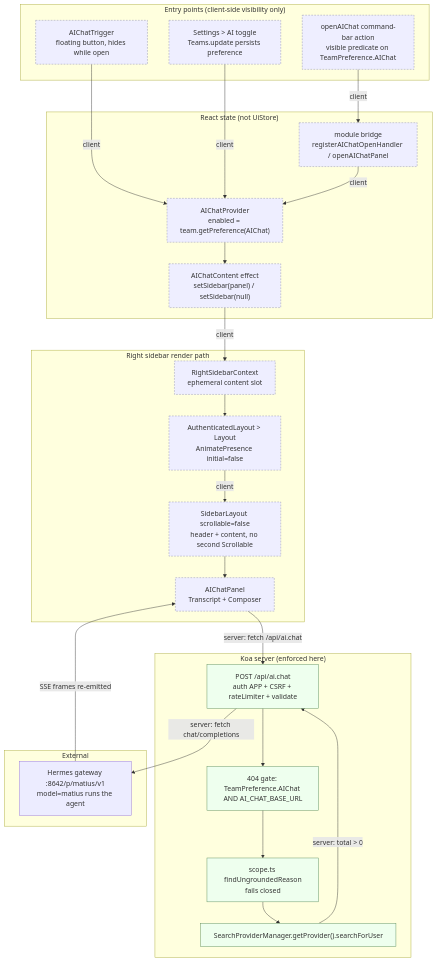
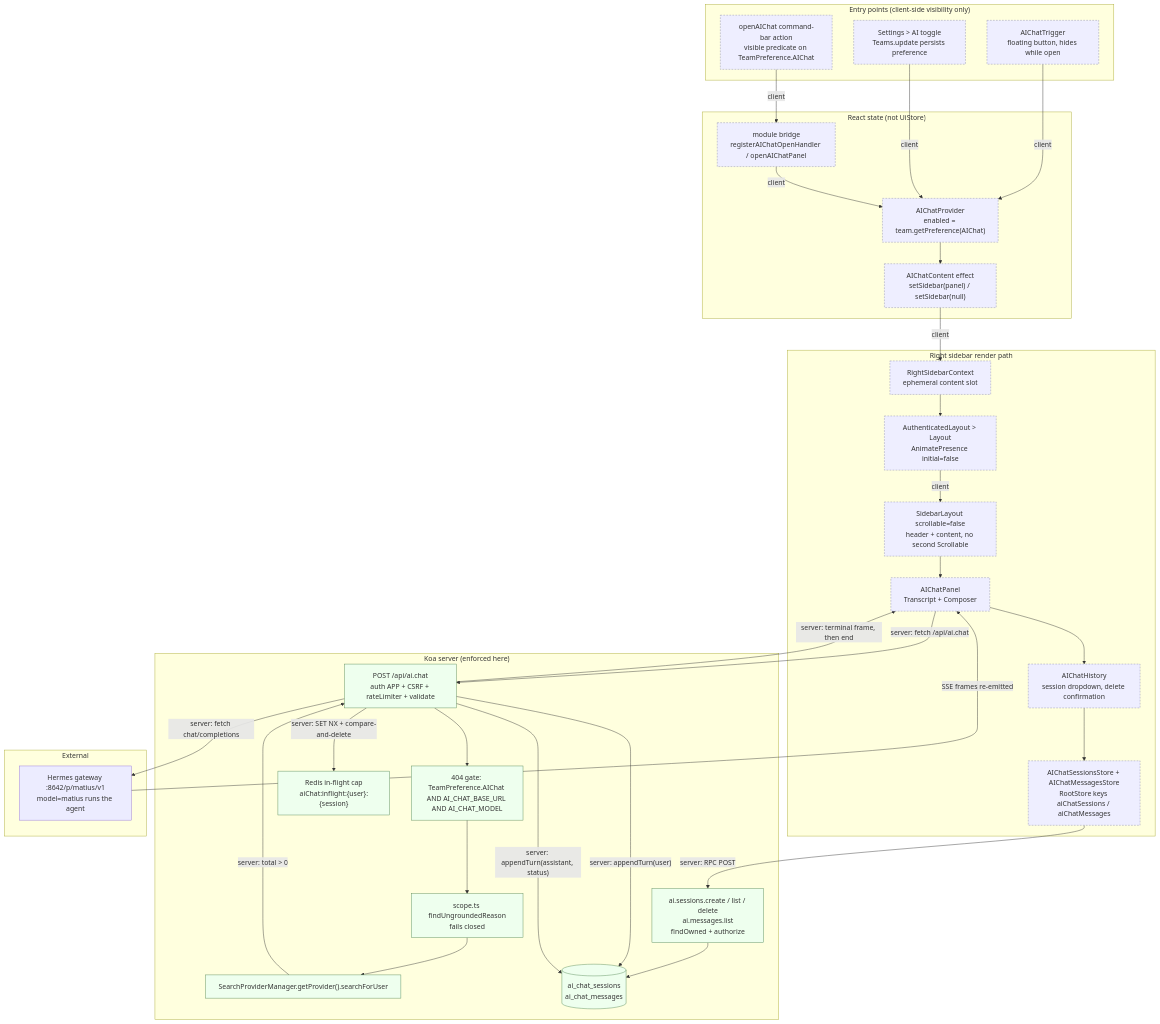
Before and after one commit to donichristian/outline-ygpkb: the second of 2 diagrams in docs/AI-CHAT-DESIGN.md, drawn with Mermaid. The commit also changed other lines of this file and 2 other files, not shown here.

Commit message:
docs(ai-chat): document session endpoints, turn status and the E2E gap

````diff
--- a/docs/AI-CHAT-DESIGN.md
+++ b/docs/AI-CHAT-DESIGN.md
@@ -281,54 +520,67 @@
 ```mermaid
 flowchart TD
     subgraph entry["Entry points (client-side visibility only)"]
         Trigger["AIChatTrigger<br/>floating button, hides while open"]
         Action["openAIChat command-bar action<br/>visible predicate on TeamPreference.AIChat"]
         Toggle["Settings > AI toggle<br/>Teams.update persists preference"]
     end
 
     subgraph state["React state (not UiStore)"]
         Provider["AIChatProvider<br/>enabled = team.getPreference(AIChat)"]
         Bridge["module bridge<br/>registerAIChatOpenHandler / openAIChatPanel"]
         Content["AIChatContent effect<br/>setSidebar(panel) / setSidebar(null)"]
     end
 
-    subgraph render["Right sidebar render path"]
-        SidebarCtx["RightSidebarContext<br/>ephemeral content slot"]
-        Layout["AuthenticatedLayout > Layout<br/>AnimatePresence initial=false"]
-        SidebarLayout["SidebarLayout scrollable=false<br/>header + content, no second Scrollable"]
-        Panel["AIChatPanel<br/>Transcript + Composer"]
-    end
+subgraph render["Right sidebar render path"]
+SidebarCtx["RightSidebarContext<br/>ephemeral content slot"]
+Layout["AuthenticatedLayout > Layout<br/>AnimatePresence initial=false"]
+SidebarLayout["SidebarLayout scrollable=false<br/>header + content, no second Scrollable"]
+Panel["AIChatPanel<br/>Transcript + Composer"]
+History["AIChatHistory<br/>session dropdown, delete confirmation"]
+Stores["AIChatSessionsStore + AIChatMessagesStore<br/>RootStore keys aiChatSessions / aiChatMessages"]
+end
 
-    subgraph server["Koa server (enforced here)"]
-        Route["POST /api/ai.chat<br/>auth APP + CSRF + rateLimiter + validate"]
-        Gate["404 gate: TeamPreference.AIChat AND AI_CHAT_BASE_URL"]
-        Scope["scope.ts findUngroundedReason<br/>fails closed"]
-        Search["SearchProviderManager.getProvider().searchForUser"]
-    end
+subgraph server["Koa server (enforced here)"]
+Route["POST /api/ai.chat<br/>auth APP + CSRF + rateLimiter + validate"]
+Gate["404 gate: TeamPreference.AIChat AND AI_CHAT_BASE_URL AND AI_CHAT_MODEL"]
+Scope["scope.ts findUngroundedReason<br/>fails closed"]
+Search["SearchProviderManager.getProvider().searchForUser"]
+Sessions["ai.sessions.create / list / delete<br/>ai.messages.list<br/>findOwned + authorize"]
+Lock["Redis in-flight cap<br/>aiChat:inflight:{user}:{session}"]
+Db[("ai_chat_sessions<br/>ai_chat_messages")]
+end
 
-    subgraph external["External"]
-        Hermes["Hermes gateway :8642/p/matius/v1<br/>model=matius runs the agent"]
-    end
+subgraph external["External"]
+Hermes["Hermes gateway :8642/p/matius/v1<br/>model=matius runs the agent"]
+end
 
-    Trigger -->|"client"| Provider
-    Action -->|"client"| Bridge
-    Toggle -->|"client"| Provider
-    Bridge -->|"client"| Provider
-    Provider --> Content
-    Content -->|"client"| SidebarCtx
-    SidebarCtx --> Layout
-    Layout -->|"client"| SidebarLayout
-    SidebarLayout --> Panel
-    Panel -->|"server: fetch /api/ai.chat"| Route
-    Route --> Gate
-    Gate --> Scope
-    Scope --> Search
-    Search -->|"server: total > 0"| Route
-    Route -->|"server: fetch chat/completions"| Hermes
-    Hermes -->|"SSE frames re-emitted"| Panel
+Trigger -->|"client"| Provider
+Action -->|"client"| Bridge
+Toggle -->|"client"| Provider
+Bridge -->|"client"| Provider
+Provider --> Content
+Content -->|"client"| SidebarCtx
+SidebarCtx --> Layout
+Layout -->|"client"| SidebarLayout
+SidebarLayout --> Panel
+Panel --> History
+History --> Stores
+Panel -->|"server: fetch /api/ai.chat"| Route
+Stores -->|"server: RPC POST"| Sessions
+Sessions --> Db
+Route --> Gate
+Gate --> Scope
+Scope --> Search
+Search -->|"server: total > 0"| Route
+Route -->|"server: SET NX + compare-and-delete"| Lock
+Route -->|"server: appendTurn(user)"| Db
+Route -->|"server: appendTurn(assistant, status)"| Db
+Route -->|"server: terminal frame, then end"| Panel
+Route -->|"server: fetch chat/completions"| Hermes
+Hermes -->|"SSE frames re-emitted"| Panel
 
-    classDef clientOnly fill:#eef,stroke:#88a,stroke-dasharray:4 3
-    classDef serverSide fill:#efe,stroke:#585
-    class Trigger,Action,Toggle,Provider,Bridge,Content,SidebarCtx,Layout,SidebarLayout,Panel clientOnly
-    class Route,Gate,Scope,Search serverSide
+classDef clientOnly fill:#eef,stroke:#88a,stroke-dasharray:4 3
+classDef serverSide fill:#efe,stroke:#585
+class Trigger,Action,Toggle,Provider,Bridge,Content,SidebarCtx,Layout,SidebarLayout,Panel,History,Stores clientOnly
+class Route,Gate,Scope,Search,Sessions,Lock,Db serverSide
 ```
````
